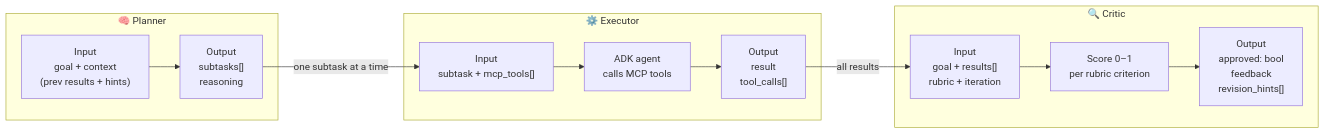
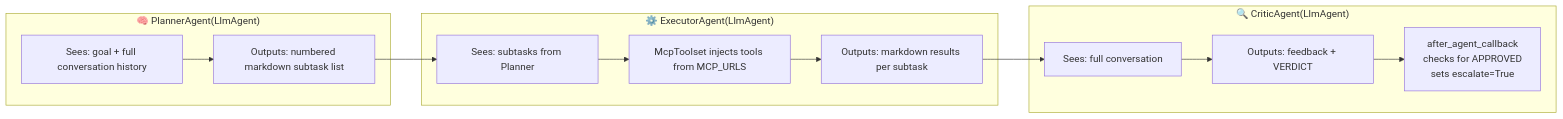
Before and after one commit to FabioDiCeglie/Multi-Agent-Orchestrator: the third of 8 diagrams in Plan.md, drawn with Mermaid. The commit also changed other lines of this file, not shown here.

Commit message:
Refactor architecture plan to enhance clarity and update agent descriptions. Modify orchestration loop to utilize ADK for iteration management and streamline API interactions. Update YAML configuration schema and improve diagram representations.

````diff
--- a/Plan.md
+++ b/Plan.md
@@ -63,25 +61,25 @@
 ```mermaid
 graph LR
-    subgraph PLANNER ["🧠 Planner"]
-        PI["Input\ngoal + context\n(prev results + hints)"]
-        PO["Output\nsubtasks[]\nreasoning"]
-        PI --> PO
+    subgraph PA ["🧠 PlannerAgent(LlmAgent)"]
+        P1["Sees: goal + full conversation history"]
+        P2["Outputs: numbered markdown subtask list"]
+        P1 --> P2
     end
 
-    subgraph EXECUTOR ["⚙️ Executor"]
-        EI["Input\nsubtask + mcp_tools[]"]
-        EC["ADK agent\ncalls MCP tools"]
-        EO["Output\nresult\ntool_calls[]"]
-        EI --> EC --> EO
+    subgraph EA ["⚙️ ExecutorAgent(LlmAgent)"]
+        E1["Sees: subtasks from Planner"]
+        E2["McpToolset injects tools from MCP_URLS"]
+        E3["Outputs: markdown results per subtask"]
+        E1 --> E2 --> E3
     end
 
-    subgraph CRITIC ["🔍 Critic"]
-        CI["Input\ngoal + results[]\nrubric + iteration"]
-        CS["Score 0–1\nper rubric criterion"]
-        CO["Output\napproved: bool\nfeedback\nrevision_hints[]"]
-        CI --> CS --> CO
+    subgraph CA ["🔍 CriticAgent(LlmAgent)"]
+        C1["Sees: full conversation"]
+        C2["Outputs: feedback + VERDICT"]
+        C3["after_agent_callback\nchecks for APPROVED\nsets escalate=True"]
+        C1 --> C2 --> C3
     end
 
-    PO -->|"one subtask at a time"| EI
-    EO -->|"all results"| CI
+    P2 --> E1
+    E3 --> C1
 ```
````
